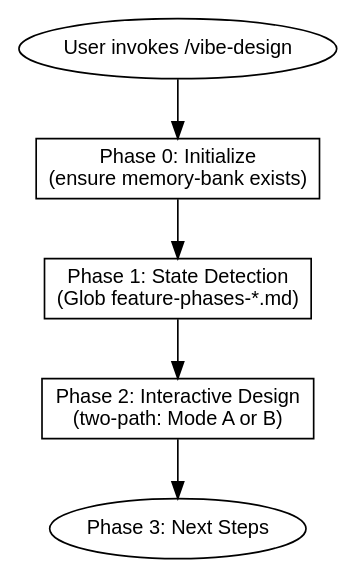
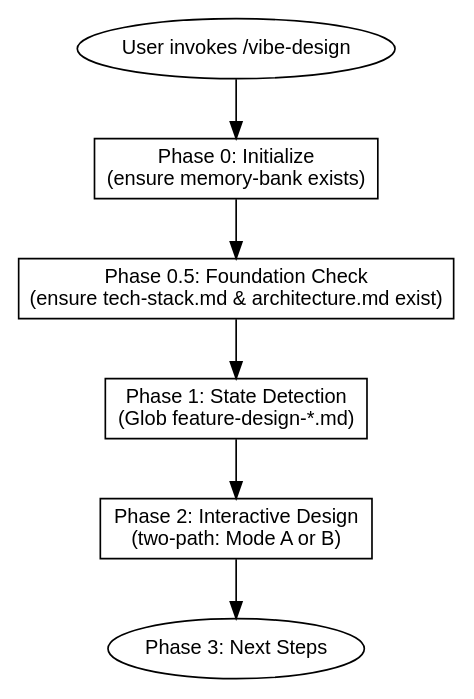
Before and after one commit to Yumoxj/vibe-ops: the first of 2 diagrams in skills/vibe-design/SKILL.md, drawn with Graphviz. The commit also changed other lines of this file and 26 other files, not shown here.

First line of the commit message:
feat: merge feature-phases into feature-design and enforce foundation checks

````diff
--- a/skills/vibe-design/SKILL.md
+++ b/skills/vibe-design/SKILL.md
@@ -25,17 +27,19 @@
 ```dot
 digraph design_overview {
     rankdir=TB;
     node [fontname="Arial", fontsize=12];
 
     start [shape=ellipse, label="User invokes /vibe-design"];
     phase0 [shape=box, label="Phase 0: Initialize\n(ensure memory-bank exists)"];
-    phase1 [shape=box, label="Phase 1: State Detection\n(Glob feature-phases-*.md)"];
+    phase0b [shape=box, label="Phase 0.5: Foundation Check\n(ensure tech-stack.md & architecture.md exist)"];
+    phase1 [shape=box, label="Phase 1: State Detection\n(Glob feature-design-*.md)"];
     phase2 [shape=box, label="Phase 2: Interactive Design\n(two-path: Mode A or B)"];
     phase3 [shape=ellipse, label="Phase 3: Next Steps"];
 
     start -> phase0;
-    phase0 -> phase1;
+    phase0 -> phase0b;
+    phase0b -> phase1;
     phase1 -> phase2;
     phase2 -> phase3;
 }
 ```
````
